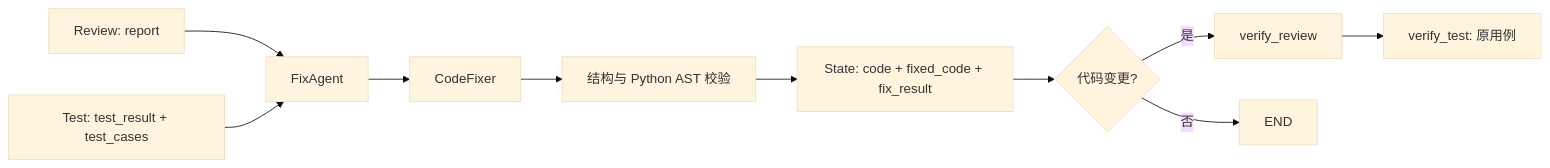
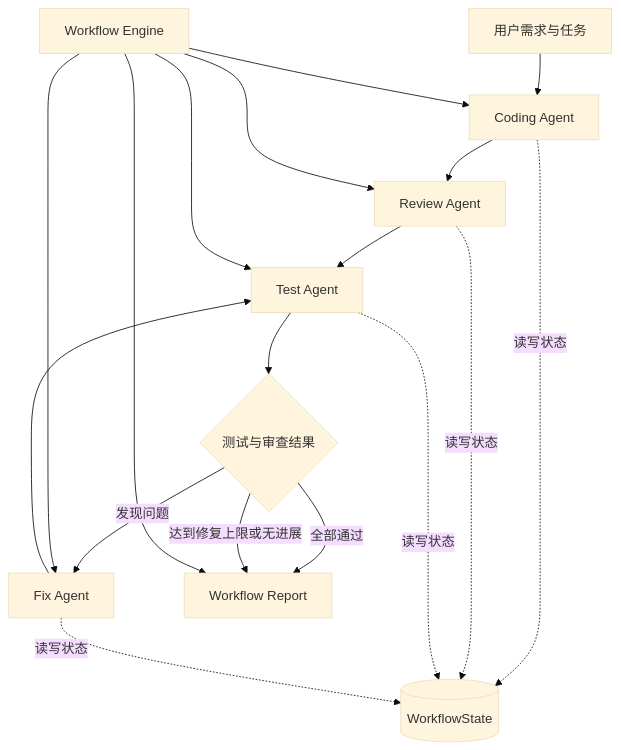
The first of 2 diagrams in Design.md (adogfm/intelligent-agent-workflow), drawn with Mermaid (base theme) before and after one commit. The commit also changed other lines of this file, not shown here.

````diff
--- a/Design.md
+++ b/Design.md
@@ -288,12 +22,25 @@
 ```mermaid
-flowchart LR
-    Review[Review: report] --> Fix[FixAgent]
-    Test[Test: test_result + test_cases] --> Fix
-    Fix --> Provider[CodeFixer]
-    Provider --> Validate[结构与 Python AST 校验]
-    Validate --> Commit[State: code + fixed_code + fix_result]
-    Commit --> Changed{代码变更?}
-    Changed -->|是| ReReview[verify_review]
-    ReReview --> ReTest[verify_test: 原用例]
-    Changed -->|否| End[END]
+flowchart TD
+    User[用户需求与任务]
+    User --> Coding[Coding Agent]
+    Coding --> Review[Review Agent]
+    Review --> Test[Test Agent]
+    Test --> Decision{测试与审查结果}
+    Decision -->|发现问题| Fix[Fix Agent]
+    Fix --> Test
+    Decision -->|全部通过| Report[Workflow Report]
+    Decision -->|达到修复上限或无进展| Report
+
+    State[(WorkflowState)]
+    Coding -.读写状态.-> State
+    Review -.读写状态.-> State
+    Test -.读写状态.-> State
+    Fix -.读写状态.-> State
+
+    Engine[Workflow Engine]
+    Engine --> Coding
+    Engine --> Review
+    Engine --> Test
+    Engine --> Fix
+    Engine --> Report
 ```
````
